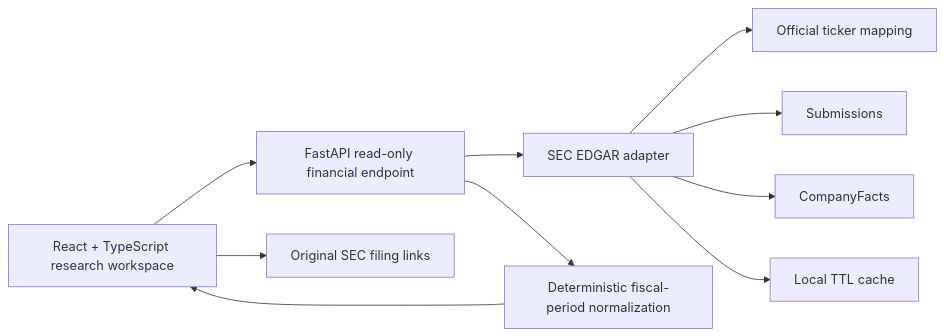
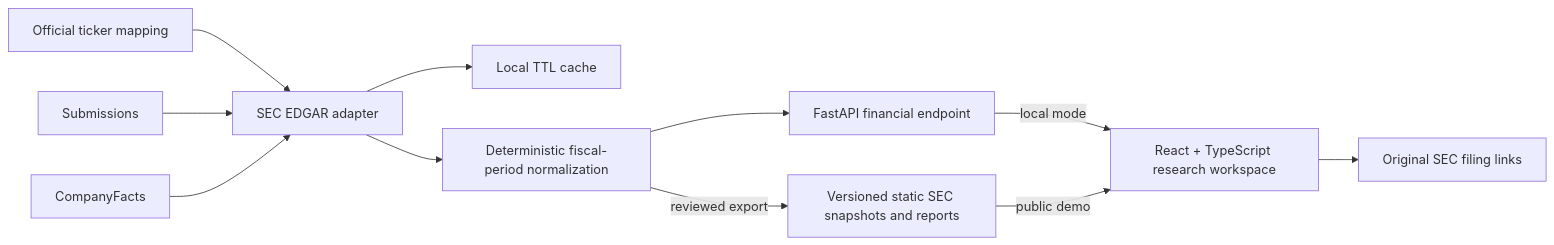
The diagram in README.md (yqiu6250uu/daily_stock_analysis), drawn with Mermaid before and after one commit. The commit also changed other lines of this file and 17 other files, not shown here.

Commit message:
docs: publish EquityLens v0.2.1 evidence and roadmap

````diff
--- a/README.md
+++ b/README.md
@@ -32,12 +36,13 @@
 ```mermaid
 flowchart LR
-    UI[React + TypeScript research workspace] --> API[FastAPI read-only financial endpoint]
-    API --> SEC[SEC EDGAR adapter]
-    SEC --> TICKER[Official ticker mapping]
-    SEC --> SUB[Submissions]
-    SEC --> FACTS[CompanyFacts]
+    TICKER[Official ticker mapping] --> SEC[SEC EDGAR adapter]
+    SUB[Submissions] --> SEC
+    FACTS[CompanyFacts] --> SEC
     SEC --> CACHE[Local TTL cache]
-    API --> NORMALIZE[Deterministic fiscal-period normalization]
-    NORMALIZE --> UI
+    SEC --> NORMALIZE[Deterministic fiscal-period normalization]
+    NORMALIZE --> API[FastAPI financial endpoint]
+    API -->|local mode| UI[React + TypeScript research workspace]
+    NORMALIZE -->|reviewed export| SNAP[Versioned static SEC snapshots and reports]
+    SNAP -->|public demo| UI
     UI --> FILING[Original SEC filing links]
 ```
````
